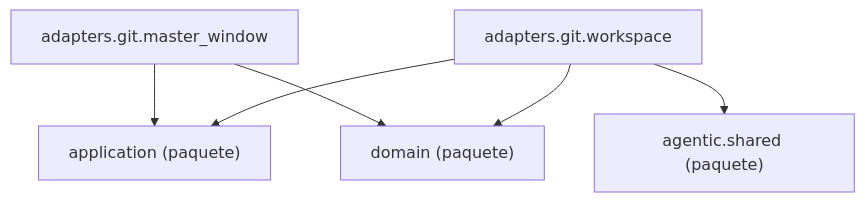
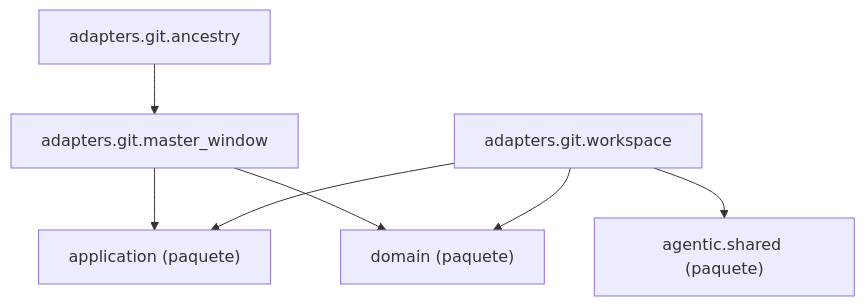
The diagram in docs/architecture/generated/packages-process-adapters-git.md (GonzaloZevallos/agentic-system), drawn with Mermaid before and after one commit. The commit also changed 20 other files, not shown here.

First line of the commit message:
Add the FormatFixReads port with its git ancestry and gh adapters

````diff
--- a/docs/architecture/generated/packages-process-adapters-git.md
+++ b/docs/architecture/generated/packages-process-adapters-git.md
@@ -14,13 +14,15 @@
 ```mermaid
 graph TD
     g_pkg__agentic__shared["agentic.shared (paquete)"]
     g_pkg__application["application (paquete)"]
     g_pkg__domain["domain (paquete)"]
+    m_adapters__git__ancestry["adapters.git.ancestry"]
     m_adapters__git__master_window["adapters.git.master_window"]
     m_adapters__git__workspace["adapters.git.workspace"]
+    m_adapters__git__ancestry --> m_adapters__git__master_window
     m_adapters__git__master_window --> g_pkg__application
     m_adapters__git__master_window --> g_pkg__domain
     m_adapters__git__workspace --> g_pkg__agentic__shared
     m_adapters__git__workspace --> g_pkg__application
     m_adapters__git__workspace --> g_pkg__domain
 ```
````
